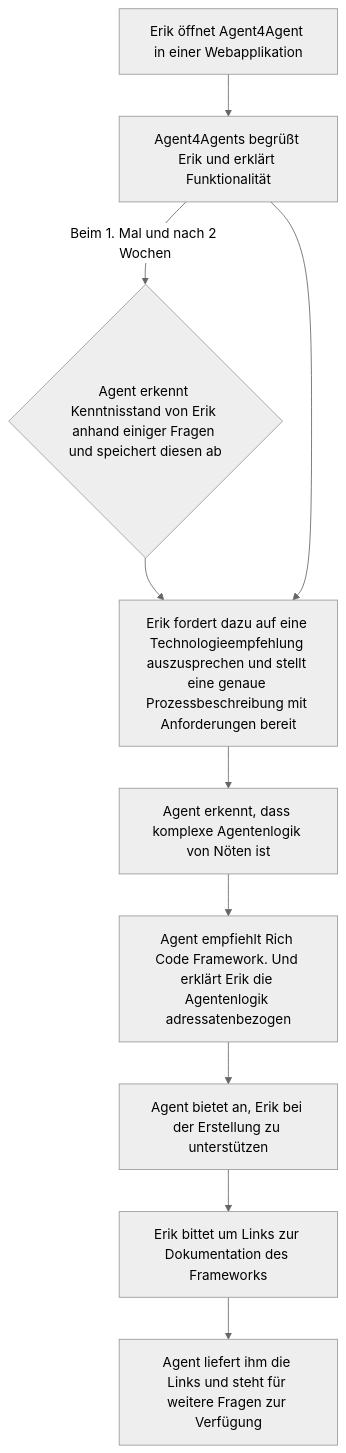
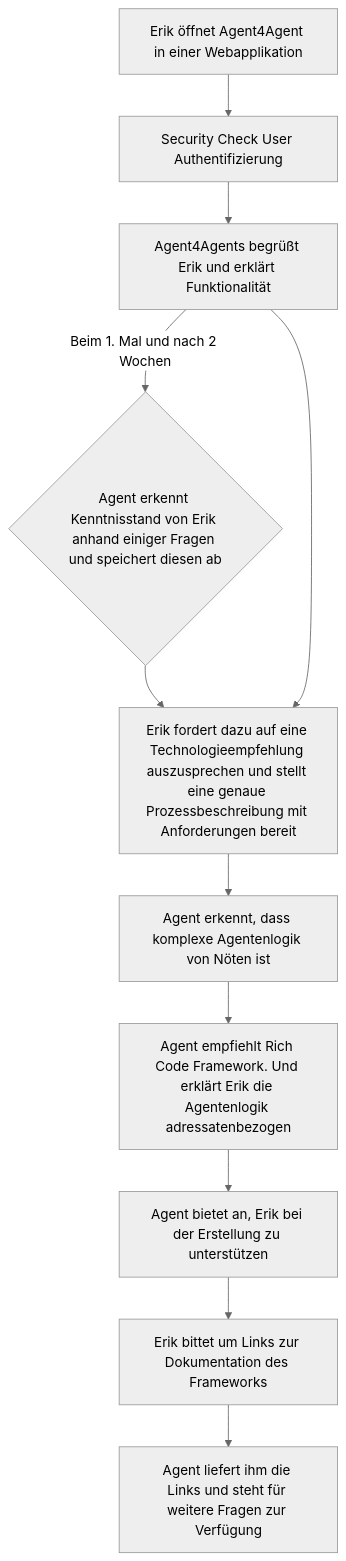
Before and after one commit to agentic-ai-ws2526-group-c/agent4agents-documentation: the fourth of 4 diagrams in Ideation/User Personas and UseCases.md, drawn with Mermaid (neutral theme). The commit also changed other lines of this file, not shown here.

First line of the commit message:
Docs: Added security check (#24)

````diff
--- a/Ideation/User Personas and UseCases.md
+++ b/Ideation/User Personas and UseCases.md
@@ -115,12 +118,13 @@
 ```mermaid
 graph TD
-    A[Erik öffnet Agent4Agent in einer Webapplikation] --> B[Agent4Agents begrüßt Erik und erklärt Funktionalität];
+    A[Erik öffnet Agent4Agent in einer Webapplikation] --> SC[Security Check User Authentifizierung];
+    SC --> B[Agent4Agents begrüßt Erik und erklärt Funktionalität];
     B -- "Beim 1. Mal und nach 2 Wochen" --> C{Agent erkennt Kenntnisstand von Erik anhand einiger Fragen und speichert diesen ab};
     C --> D[Erik fordert dazu auf eine Technologieempfehlung auszusprechen und stellt eine genaue Prozessbeschreibung mit Anforderungen bereit];
     B --> D;
     D --> E[Agent erkennt, dass komplexe Agentenlogik von Nöten ist];
     E --> F[Agent empfiehlt Rich Code Framework. Und erklärt Erik die Agentenlogik adressatenbezogen];
     F --> G[Agent bietet an, Erik bei der Erstellung zu unterstützen];
     G --> H[Erik bittet um Links zur Dokumentation des Frameworks];
     H --> I[Agent liefert ihm die Links und steht für weitere Fragen zur Verfügung];
 ```
````
